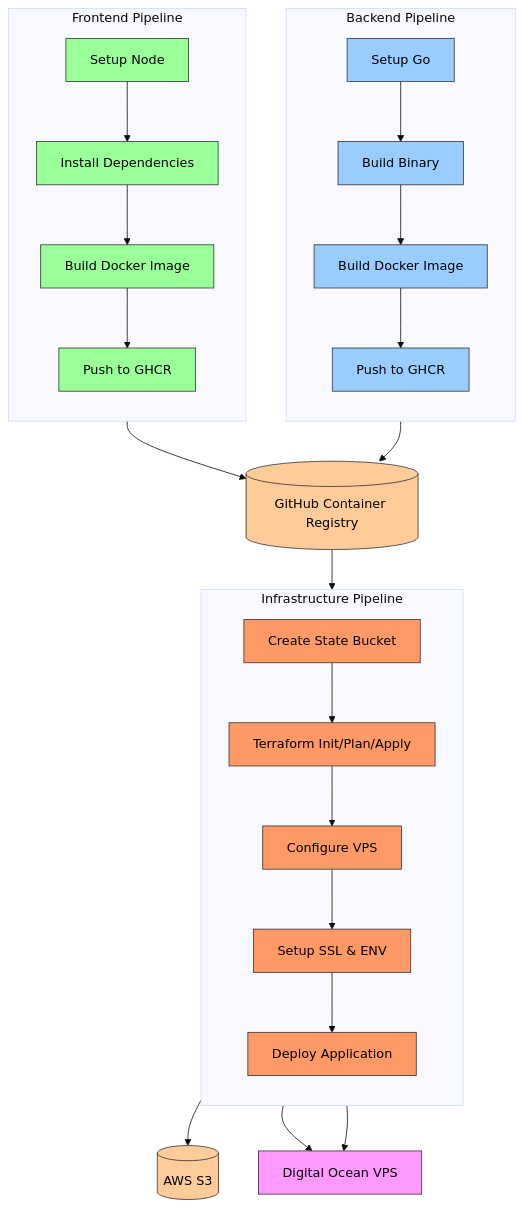
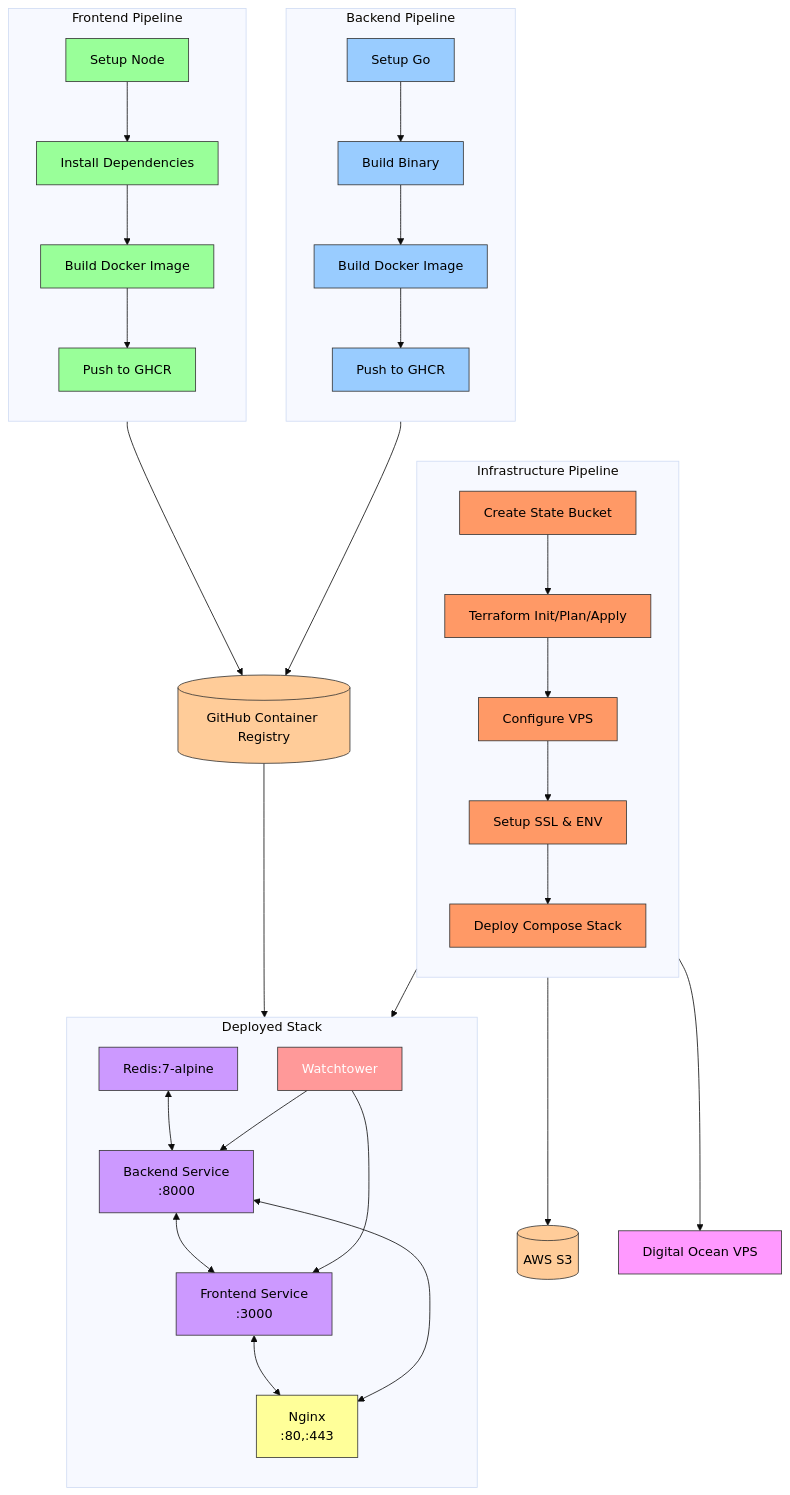
One commit to smwbalfe/shrillecho-playlist-archive changed the second of 2 diagrams in README.md. Above: the diagram before and after it, drawn with Mermaid (base theme). The commit also changed other lines of this file and 3 other files, not shown here.

````diff
--- a/README.md
+++ b/README.md
@@ -74,53 +75,73 @@
 ```mermaid
 flowchart TD
     %% Styling
     classDef infrastructure fill:#f96,stroke:#333,color:#000
     classDef backend fill:#9cf,stroke:#333,color:#000
     classDef frontend fill:#9f9,stroke:#333,color:#000
     classDef deploy fill:#f9f,stroke:#333,color:#000
     classDef storage fill:#fc9,stroke:#333,color:#000
+    classDef container fill:#c9f,stroke:#333,color:#000
+    classDef nginx fill:#ff9,stroke:#333,color:#000
+    classDef watchtower fill:#f99,stroke:#333,color:#fff
 
     %% Infrastructure Pipeline
     subgraph infra[Infrastructure Pipeline]
         direction TB
         A[Create State Bucket]:::infrastructure
         B[Terraform Init/Plan/Apply]:::infrastructure
         C[Configure VPS]:::infrastructure
         D[Setup SSL & ENV]:::infrastructure
-        E[Deploy Application]:::infrastructure
+        E[Deploy Compose Stack]:::infrastructure
         A --> B --> C --> D --> E
     end
 
     %% Backend Pipeline
     subgraph backend[Backend Pipeline]
         direction TB
         F[Setup Go]:::backend
         G[Build Binary]:::backend
         H[Build Docker Image]:::backend
         I[Push to GHCR]:::backend
         F --> G --> H --> I
     end
 
     %% Frontend Pipeline
     subgraph frontend[Frontend Pipeline]
         direction TB
         J[Setup Node]:::frontend
         K[Install Dependencies]:::frontend
         L[Build Docker Image]:::frontend
         M[Push to GHCR]:::frontend
         J --> K --> L --> M
     end
 
+    %% Deployed Services
+    subgraph deployed[Deployed Stack]
+        direction TB
+        R[Redis:7-alpine]:::container
+        BE[Backend Service<br>:8000]:::container
+        FE[Frontend Service<br>:3000]:::container
+        NG[Nginx<br>:80,:443]:::nginx
+        WT[Watchtower]:::watchtower
+        
+        R <--> BE
+        BE <--> FE
+        FE <--> NG
+        BE <--> NG
+        WT --> BE
+        WT --> FE
+    end
+
     %% External Services
     S3[(AWS S3)]:::storage
     GHCR[(GitHub Container Registry)]:::storage
     VPS[Digital Ocean VPS]:::deploy
 
     %% Connections
     A --> S3
     B --> VPS
     I --> GHCR
     M --> GHCR
-    GHCR --> E
-    E --> VPS
+    GHCR --> WT
+    E --> deployed
 ```
````
